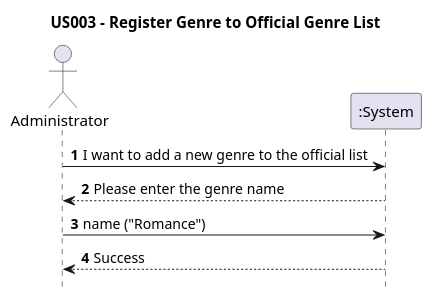
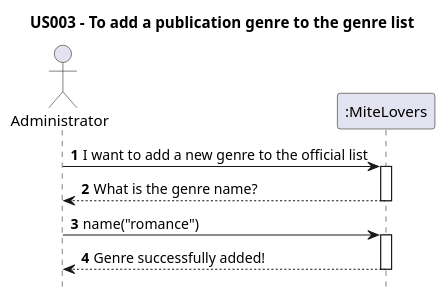
The diagram in Diagrams/SequenceDiagrams/N1/US003-to-add-a-publication-genre-list.puml (AndrePereiraGitH/SWitCH-Project-Team_A), drawn with PlantUML before and after one commit. The commit also changed 2 other files, not shown here.

Commit message:
docs #499: update US003 diagrams to reflect DDD architecture

```diff
--- a/Diagrams/SequenceDiagrams/N1/US003-to-add-a-publication-genre-list.puml
+++ b/Diagrams/SequenceDiagrams/N1/US003-to-add-a-publication-genre-list.puml
@@ -1,13 +1,18 @@
 @startuml
 hide footbox
-title US003 - Register Genre to Official Genre List
 autonumber
+title US003 - To add a publication genre to the genre list
+
 actor Administrator
-participant ":System" as System
+participant ":MiteLovers" as UI
 
-Administrator -> System :  I want to add a new genre to the official list
-System --> Administrator : Please enter the genre name
-Administrator -> System :  name ("Romance")
-System --> Administrator : Success
+Administrator -> UI : I want to add a new genre to the official list
+activate UI
+UI --> Administrator : What is the genre name?
+deactivate UI
+Administrator -> UI : name("romance")
+activate UI
+UI --> Administrator : Genre successfully added!
+deactivate UI
 
 @enduml
```
